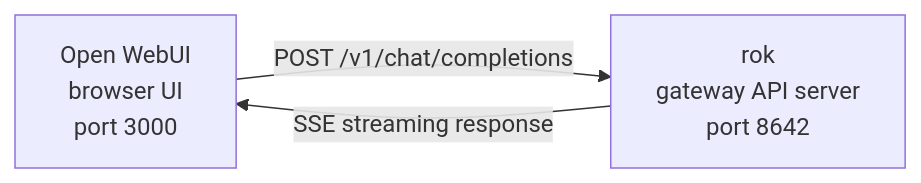
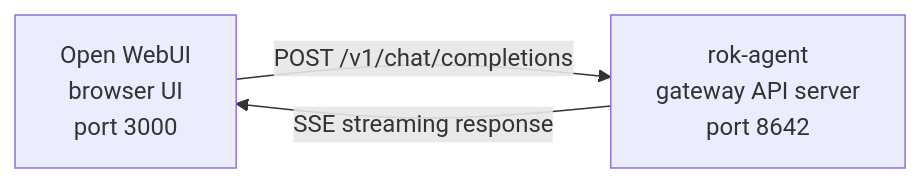
The diagram in website/docs/user-guide/messaging/open-webui.md (RokctAI/ROK), drawn with Mermaid before and after one commit. The commit also changed other lines of this file and 2890 other files, not shown here.

````diff
--- a/website/docs/user-guide/messaging/open-webui.md
+++ b/website/docs/user-guide/messaging/open-webui.md
@@ -13,7 +13,7 @@
 ```mermaid
 flowchart LR
     A["Open WebUI<br/>browser UI<br/>port 3000"]
-    B["rok<br/>gateway API server<br/>port 8642"]
+    B["rok-agent<br/>gateway API server<br/>port 8642"]
     A -->|POST /v1/chat/completions| B
     B -->|SSE streaming response| A
 ```
````
